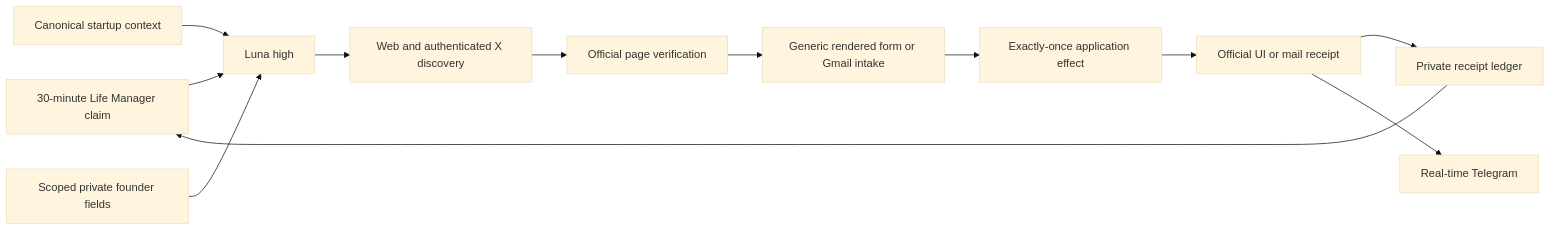
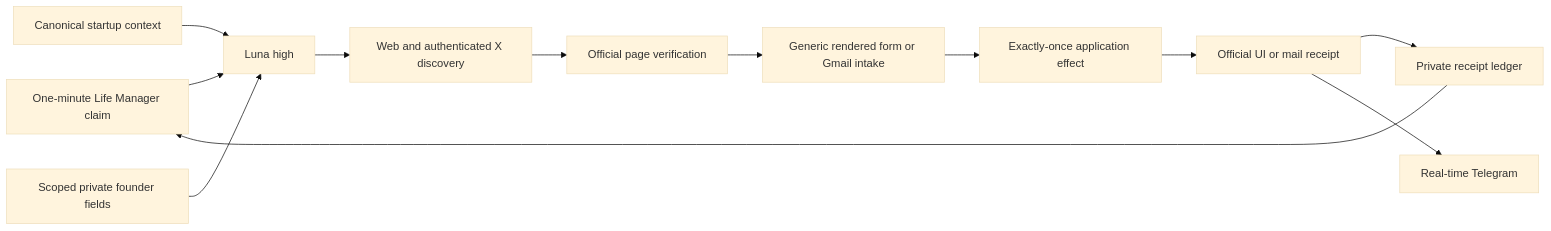
One commit to Daisuke134/anicca changed the second of 2 diagrams in docs/superpowers/specs/2026-08-26-life-manager-fundraiser-agent-design.md. Above: the diagram before and after it, drawn with Mermaid (base theme). The commit also changed other lines of this file and 6 other files, not shown here.

````diff
--- a/docs/superpowers/specs/2026-08-26-life-manager-fundraiser-agent-design.md
+++ b/docs/superpowers/specs/2026-08-26-life-manager-fundraiser-agent-design.md
@@ -162,14 +162,14 @@
 ```mermaid
 flowchart LR
-    T[30-minute Life Manager claim] --> L[Luna high]
+    T[One-minute Life Manager claim] --> L[Luna high]
     C[Canonical startup context] --> L
     P[Scoped private founder fields] --> L
     L --> X[Web and authenticated X discovery]
     X --> O[Official page verification]
     O --> F[Generic rendered form or Gmail intake]
     F --> E[Exactly-once application effect]
     E --> R[Official UI or mail receipt]
     R --> G[Private receipt ledger]
     R --> TG[Real-time Telegram]
     G --> T
 ```
````
